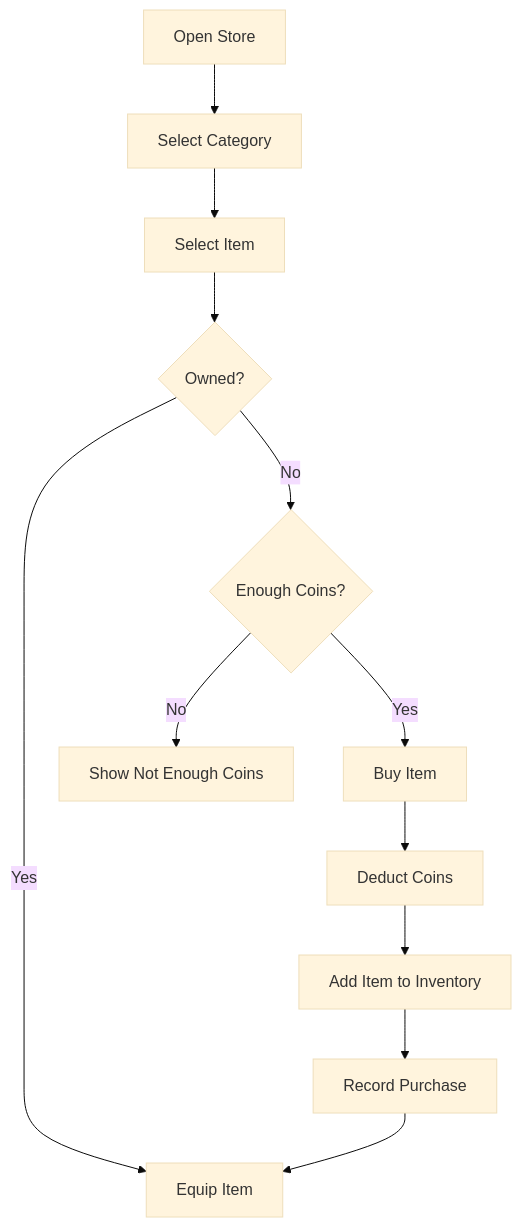
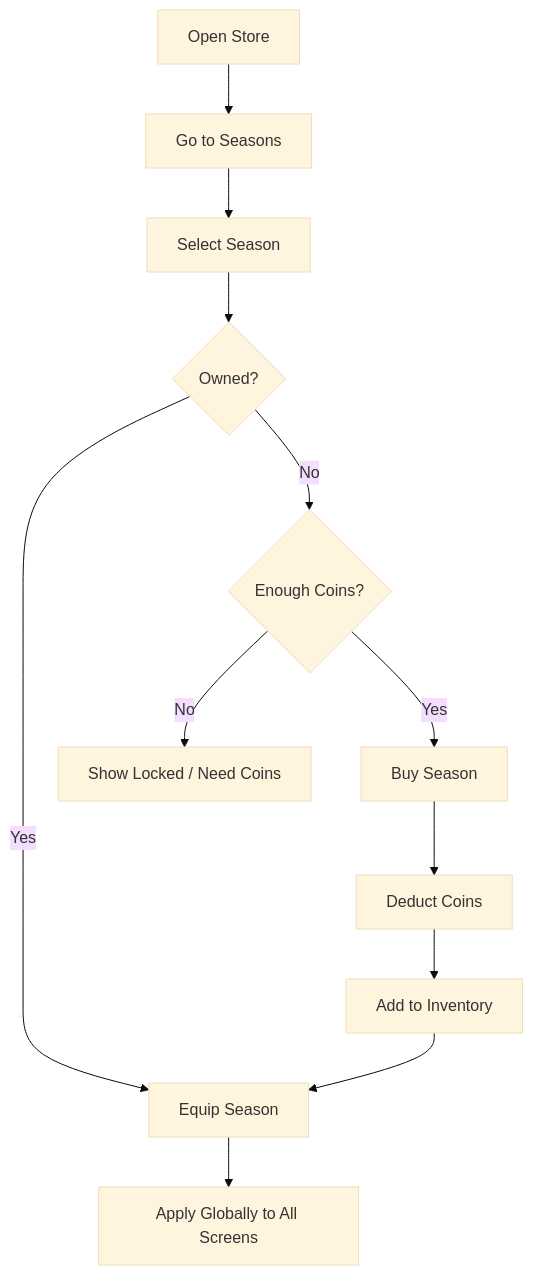
The eighth of 14 diagrams in README.md (bipulkumar62/FocusSaga-XP), drawn with Mermaid (base theme) before and after one commit. The commit also changed other lines of this file, not shown here.

````diff
--- a/README.md
+++ b/README.md
@@ -194,14 +308,14 @@
 ```mermaid
 flowchart TD
-    A[Open Store] --> B[Select Category]
-    B --> C[Select Item]
+    A[Open Store] --> B[Go to Seasons]
+    B --> C[Select Season]
     C --> D{Owned?}
-    D -- Yes --> E[Equip Item]
+    D -- Yes --> E[Equip Season]
     D -- No --> F{Enough Coins?}
-    F -- No --> G[Show Not Enough Coins]
-    F -- Yes --> H[Buy Item]
+    F -- No --> G[Show Locked / Need Coins]
+    F -- Yes --> H[Buy Season]
     H --> I[Deduct Coins]
-    I --> J[Add Item to Inventory]
-    J --> K[Record Purchase]
-    K --> E
+    I --> J[Add to Inventory]
+    J --> E
+    E --> K[Apply Globally to All Screens]
 ```
````
